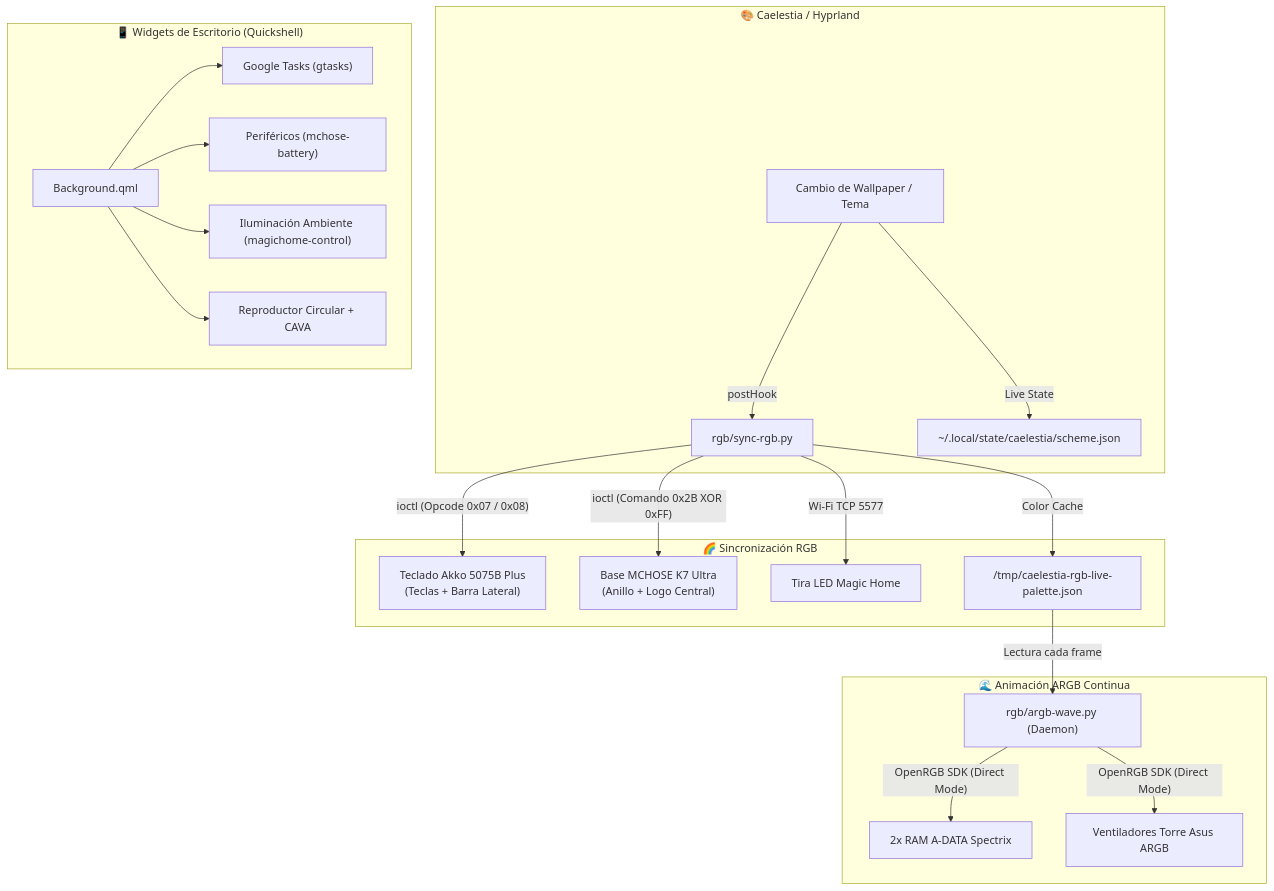
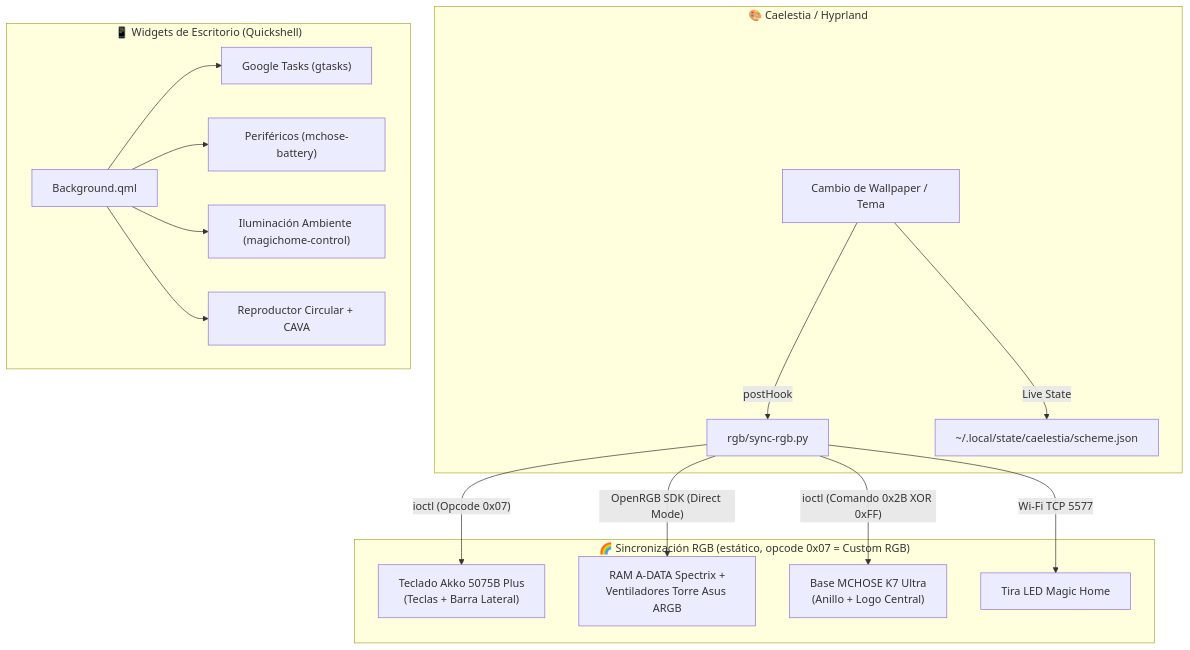
One commit to Alberviz/LinuxRicing changed the diagram in README.md. Above: the diagram before and after it, drawn with Mermaid. The commit also changed other lines of this file and 3 other files, not shown here.

First line of the commit message:
refactor: make main the pure static-color branch, split ARGB wave out

````diff
--- a/README.md
+++ b/README.md
@@ -45,27 +74,21 @@
 ```mermaid
 graph TD
     subgraph Caelestia_Hyprland["🎨 Caelestia / Hyprland"]
         WP["Cambio de Wallpaper / Tema"] -->|"postHook"| SYNC["rgb/sync-rgb.py"]
         WP -->|"Live State"| SCHEME["~/.local/state/caelestia/scheme.json"]
     end
 
-    subgraph RGB_Sync["🌈 Sincronización RGB"]
-        SYNC -->|"ioctl (Opcode 0x07 / 0x08)"| AKKO["Teclado Akko 5075B Plus<br>(Teclas + Barra Lateral)"]
+    subgraph RGB_Sync["🌈 Sincronización RGB (estático, opcode 0x07 = Custom RGB)"]
+        SYNC -->|"ioctl (Opcode 0x07)"| AKKO["Teclado Akko 5075B Plus<br>(Teclas + Barra Lateral)"]
+        SYNC -->|"OpenRGB SDK (Direct Mode)"| RAMFANS["RAM A-DATA Spectrix +<br>Ventiladores Torre Asus ARGB"]
         SYNC -->|"ioctl (Comando 0x2B XOR 0xFF)"| MCHOSE["Base MCHOSE K7 Ultra<br>(Anillo + Logo Central)"]
         SYNC -->|"Wi-Fi TCP 5577"| MAGIC["Tira LED Magic Home"]
-        SYNC -->|"Color Cache"| LIVE_CACHE["/tmp/caelestia-rgb-live-palette.json"]
-    end
-
-    subgraph ARGB_Wave["🌊 Animación ARGB Continua"]
-        LIVE_CACHE -->|"Lectura cada frame"| WAVE_DAEMON["rgb/argb-wave.py (Daemon)"]
-        WAVE_DAEMON -->|"OpenRGB SDK (Direct Mode)"| RAM["2x RAM A-DATA Spectrix"]
-        WAVE_DAEMON -->|"OpenRGB SDK (Direct Mode)"| FANS["Ventiladores Torre Asus ARGB"]
     end
 
     subgraph Desktop_Widgets["📱 Widgets de Escritorio (Quickshell)"]
         BG["Background.qml"] --> GTASKS["Google Tasks (gtasks)"]
         BG --> BATT["Periféricos (mchose-battery)"]
         BG --> LED_WIDGET["Iluminación Ambiente (magichome-control)"]
         BG --> CAVA["Reproductor Circular + CAVA"]
     end
 ```
````
